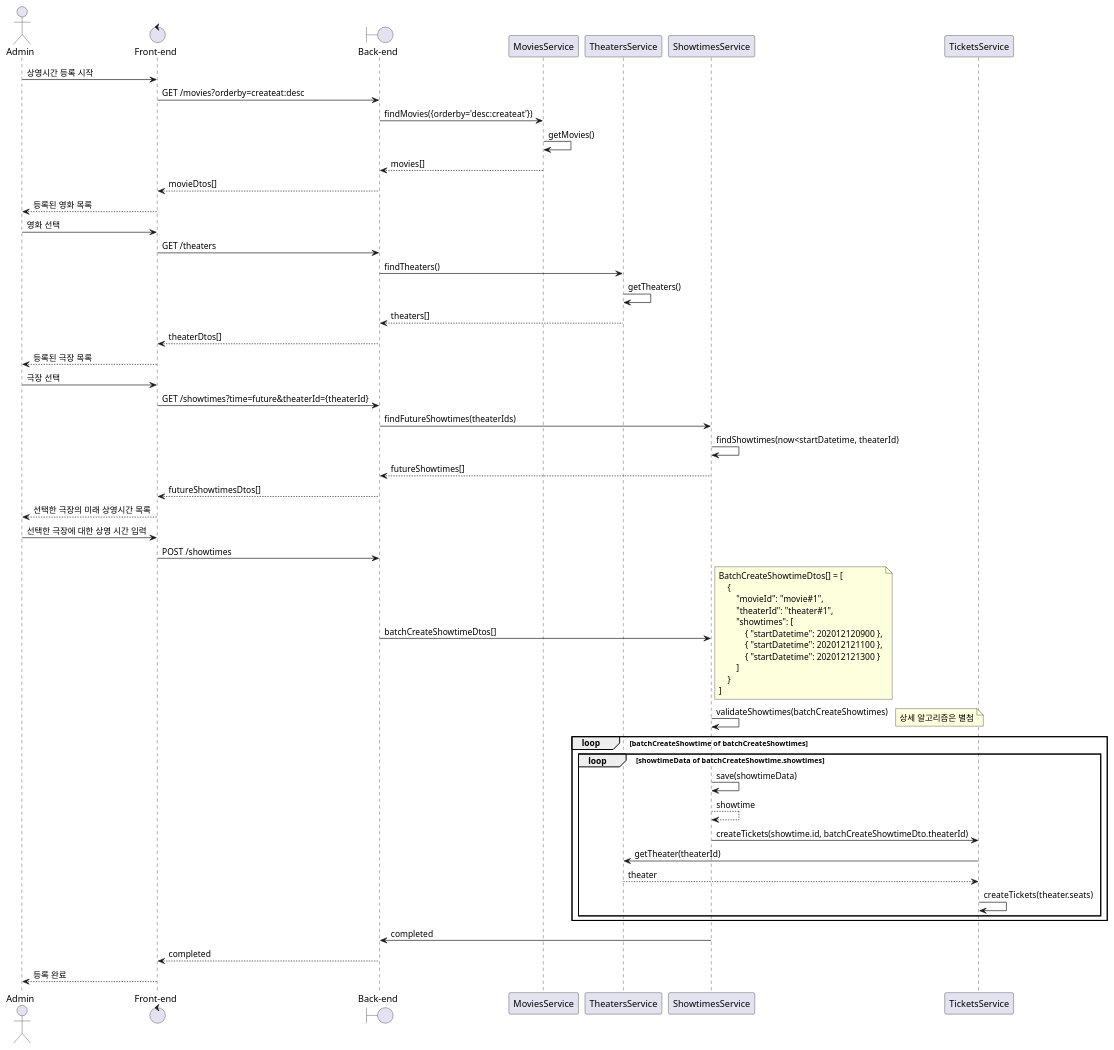
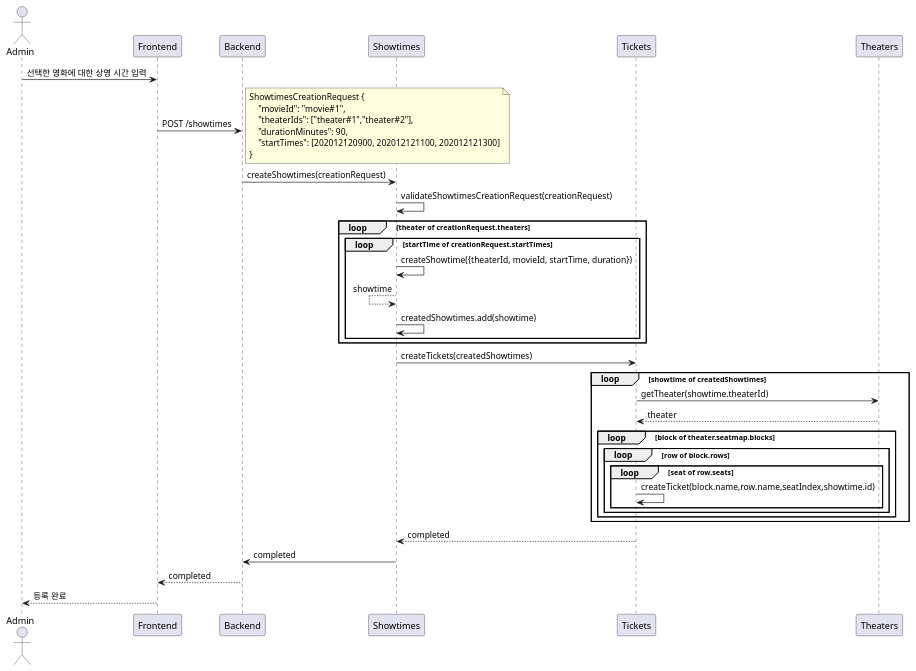
The first of 2 diagrams in docs/register-showtimes.md (hunjuly/nest-seed), drawn with PlantUML before and after one commit. The commit also changed other lines of this file and 10 other files, not shown here.

````diff
--- a/docs/register-showtimes.md
+++ b/docs/register-showtimes.md
@@ -55,69 +57,43 @@
 ```plantuml
 @startuml
-actor admin as "Admin"
-control front as "Front-end"
-boundary back as "Back-end"
-participant movies as "MoviesService"
-participant theaters as "TheatersService"
-participant showtimes as "ShowtimesService"
-participant tickets as "TicketsService"
+actor Admin
 
-admin -> front: 상영시간 등록 시작
-front -> back: GET /movies?orderby=createat:desc
-back -> movies: findMovies({orderby='desc:createat'})
-movies -> movies: getMovies()
-back <-- movies: movies[]
-front <-- back: movieDtos[]
-admin <-- front: 등록된 영화 목록
-admin -> front: 영화 선택
-front -> back: GET /theaters
-back -> theaters: findTheaters()
-theaters -> theaters: getTheaters()
-back <-- theaters: theaters[]
-front <-- back: theaterDtos[]
-admin <-- front: 등록된 극장 목록
-
-admin -> front: 극장 선택
-front -> back: GET /showtimes?time=future&theaterId={theaterId}
-back -> showtimes: findFutureShowtimes(theaterIds)
-showtimes -> showtimes: findShowtimes(now<startDatetime, theaterId)
-back <-- showtimes: futureShowtimes[]
-front <-- back: futureShowtimesDtos[]
-admin <-- front: 선택한 극장의 미래 상영시간 목록
-
-admin -> front: 선택한 극장에 대한 상영 시간 입력
-front -> back: POST /showtimes
-back -> showtimes: batchCreateShowtimeDtos[]
+Admin -> Frontend: 선택한 영화에 대한 상영 시간 입력
+Frontend -> Backend: POST /showtimes
     note right
-    BatchCreateShowtimeDtos[] = [
-        {
-            "movieId": "movie#1",
-            "theaterId": "theater#1",
-            "showtimes": [
-                { "startDatetime": 202012120900 },
-                { "startDatetime": 202012121100 },
-                { "startDatetime": 202012121300 }
-            ]
-        }
-    ]
+    ShowtimesCreationRequest {
+        "movieId": "movie#1",
+        "theaterIds": ["theater#1","theater#2"],
+        "durationMinutes": 90,
+        "startTimes": [202012120900, 202012121100, 202012121300]
+    }
     end note
-showtimes -> showtimes: validateShowtimes(batchCreateShowtimes)
-    note right
-    상세 알고리즘은 별첨
-    end note
-
-loop batchCreateShowtime of batchCreateShowtimes
-    loop showtimeData of batchCreateShowtime.showtimes
-        showtimes -> showtimes: save(showtimeData)
-        return showtime
-        showtimes -> tickets: createTickets(showtime.id, batchCreateShowtimeDto.theaterId)
-        tickets -> theaters: getTheater(theaterId)
-        tickets <-- theaters: theater
-        tickets -> tickets: createTickets(theater.seats)
+Backend -> Showtimes: createShowtimes(creationRequest)
+Showtimes -> Showtimes: validateShowtimesCreationRequest(creationRequest)
+loop theater of creationRequest.theaters
+    loop startTime of creationRequest.startTimes
+        Showtimes -> Showtimes: createShowtime({theaterId, movieId, startTime, duration})
+        Showtimes <-- Showtimes: showtime
+        Showtimes -> Showtimes: createdShowtimes.add(showtime)
     end
 end
-showtimes -> back: completed
-front <-- back: completed
-admin <-- front: 등록 완료
+
+Showtimes -> Tickets: createTickets(createdShowtimes)
+loop showtime of createdShowtimes
+    Tickets -> Theaters: getTheater(showtime.theaterId)
+    Tickets <-- Theaters: theater
+    loop block of theater.seatmap.blocks
+        loop row of block.rows
+            loop seat of row.seats
+                Tickets -> Tickets: createTicket(block.name,row.name,seatIndex,showtime.id)
+            end
+        end
+    end
+end
+Showtimes <-- Tickets: completed
+
+Showtimes -> Backend: completed
+Frontend <-- Backend: completed
+Admin <-- Frontend: 등록 완료
 @enduml
 ```
````
